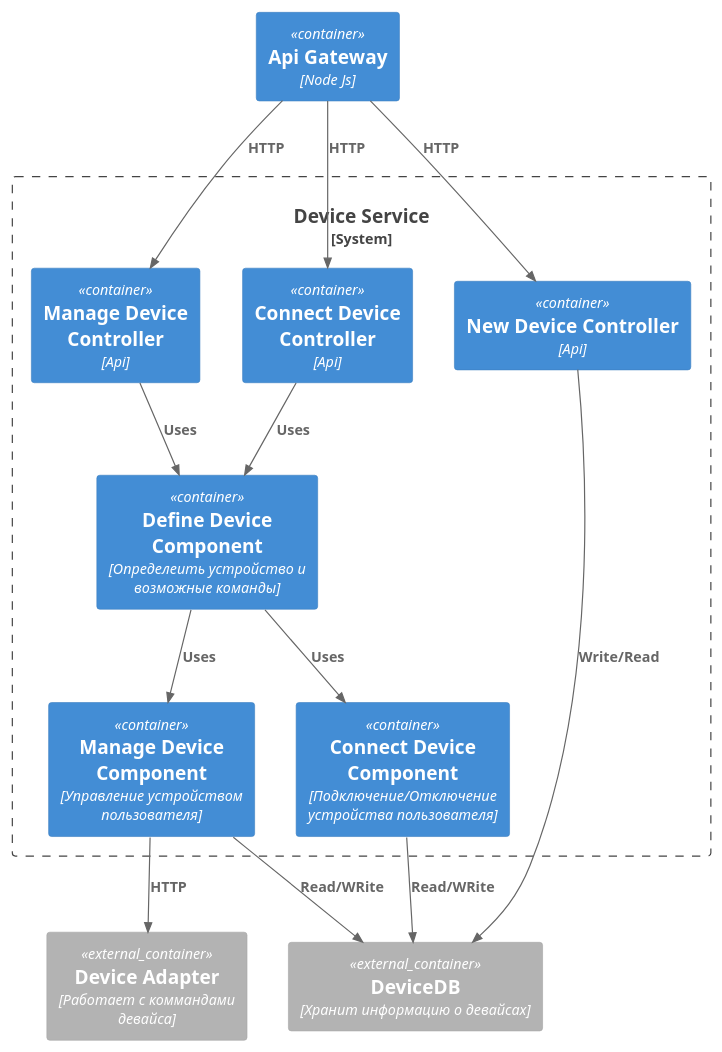
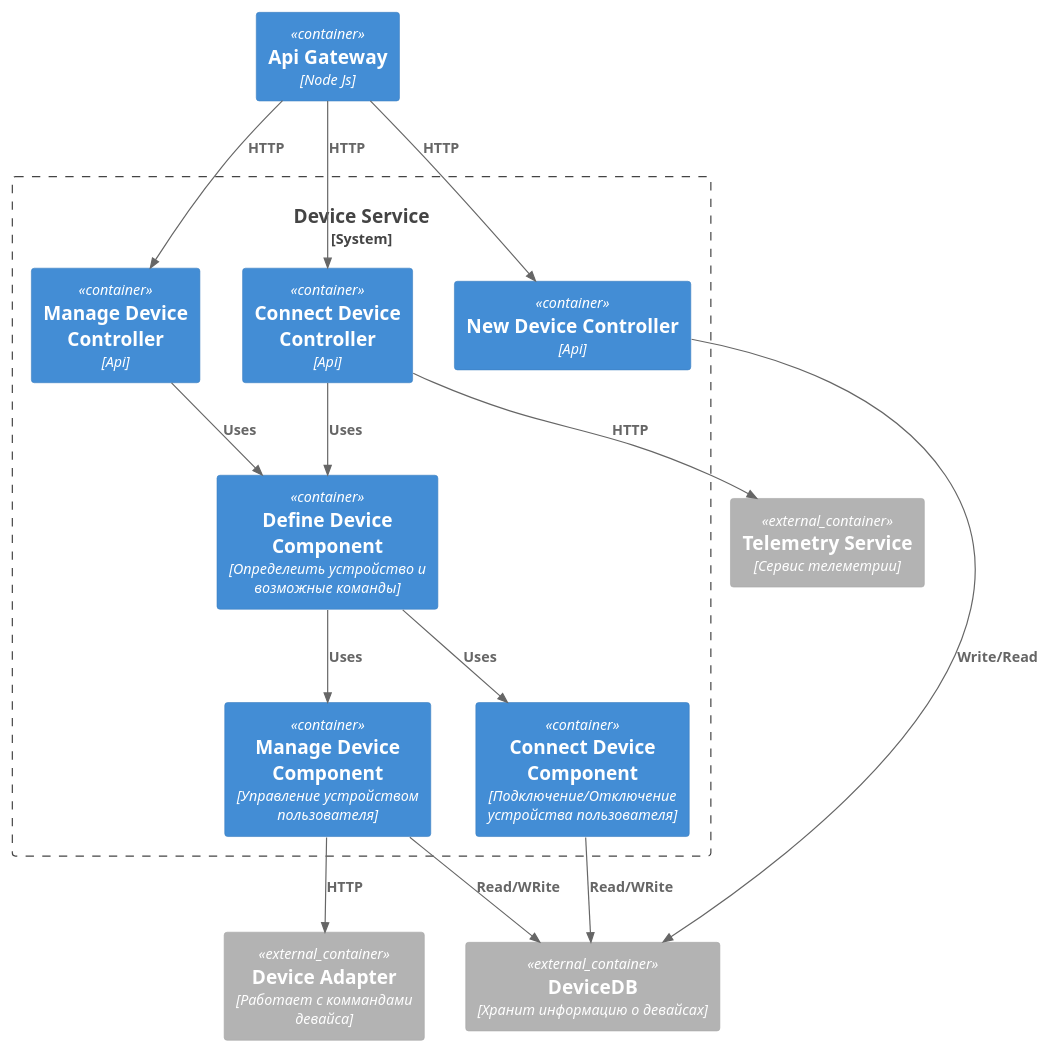
Before and after one commit to alexmented/architecture-pro-warmhouse: the diagram in schemas/C3_DeviceService.puml, drawn with PlantUML. The commit also changed 5 other files, not shown here.

```diff
--- a/schemas/C3_DeviceService.puml
+++ b/schemas/C3_DeviceService.puml
@@ -1,35 +1,38 @@
 @startuml
 !include https://raw.githubusercontent.com/plantuml-stdlib/C4-PlantUML/master/C4_Container.puml
 
 Container(gateway, "Api Gateway", "Node Js")
 
 
 System_Boundary(serviceBoundary, "Device Service") {
     Container(manageDeviceController, "Manage Device Controller", "Api")
     Container(connectDeviceController, "Connect Device Controller", "Api")
     Container(newDeviceController, "New Device Controller", "Api")
 
 
     Container(defineDeviceComponent, "Define Device Component", "Определеить устройство и возможные команды")
     Container(manageDeviceComponent, "Manage Device Component", "Управление устройством пользователя")
     Container(connectDeviceComponent, "Connect Device Component", "Подключение/Отключение устройства пользователя")
 }
     Container_Ext(adapterDevice, "Device Adapter", "Работает с коммандами девайса")
     Container_Ext(db, "DeviceDB", "Хранит информацию о девайсах")
+    Container_Ext(telemetryService, "Telemetry Service", "Сервис телеметрии")
+
 
 
 Rel(gateway, manageDeviceController, "HTTP")
 Rel(gateway, connectDeviceController, "HTTP")
 Rel(manageDeviceController, defineDeviceComponent, "Uses")
 Rel(connectDeviceController, defineDeviceComponent, "Uses")
+Rel(connectDeviceController, telemetryService, "HTTP")
 Rel(defineDeviceComponent, manageDeviceComponent, "Uses")
 Rel(defineDeviceComponent, connectDeviceComponent, "Uses")
 Rel(manageDeviceComponent, adapterDevice, "HTTP")
 Rel(manageDeviceComponent, db, "Read/WRite")
 Rel(connectDeviceComponent, db, "Read/WRite")
 Rel(gateway, newDeviceController, "HTTP")
 Rel(newDeviceController, db, "Write/Read")
 
 
 
 @enduml
```
